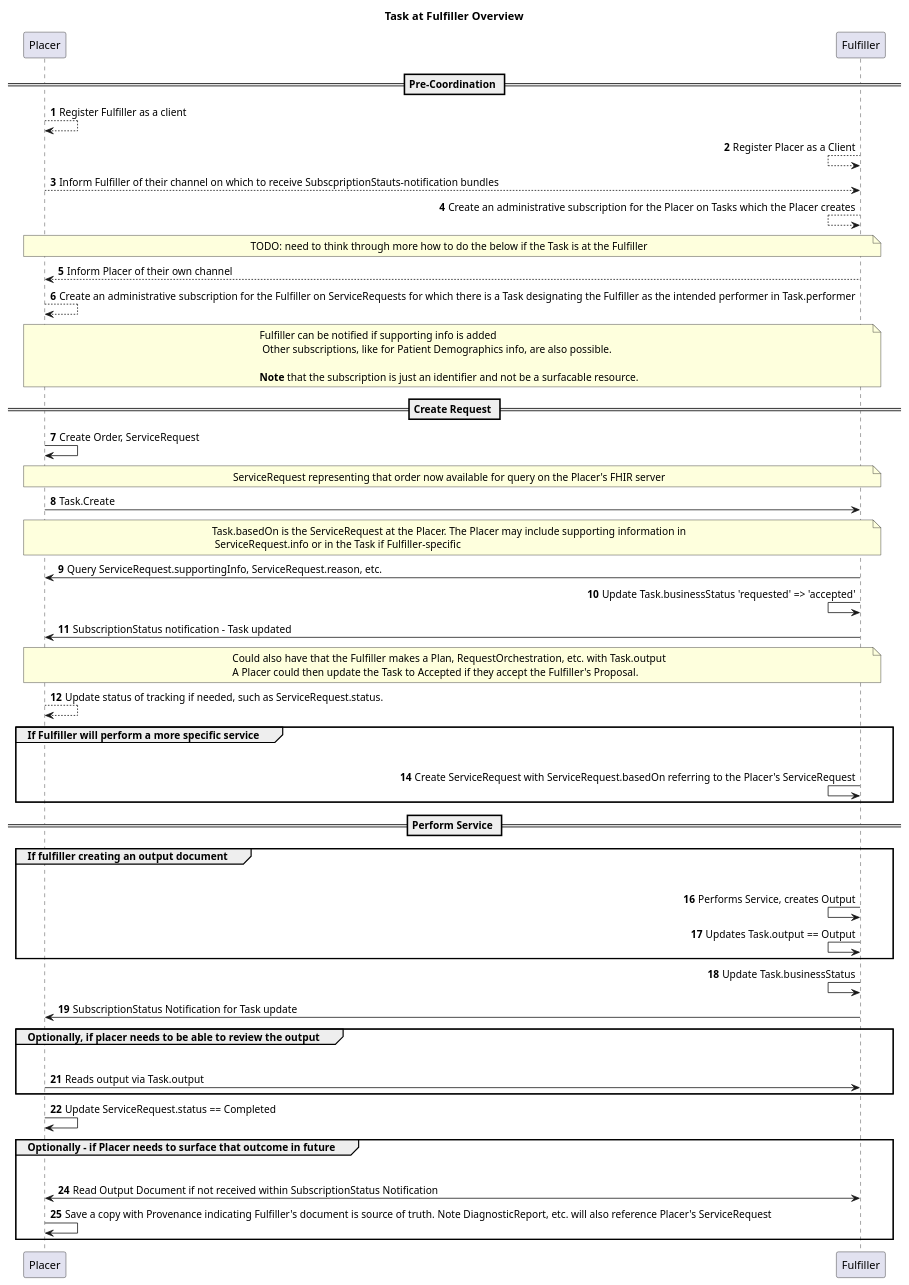
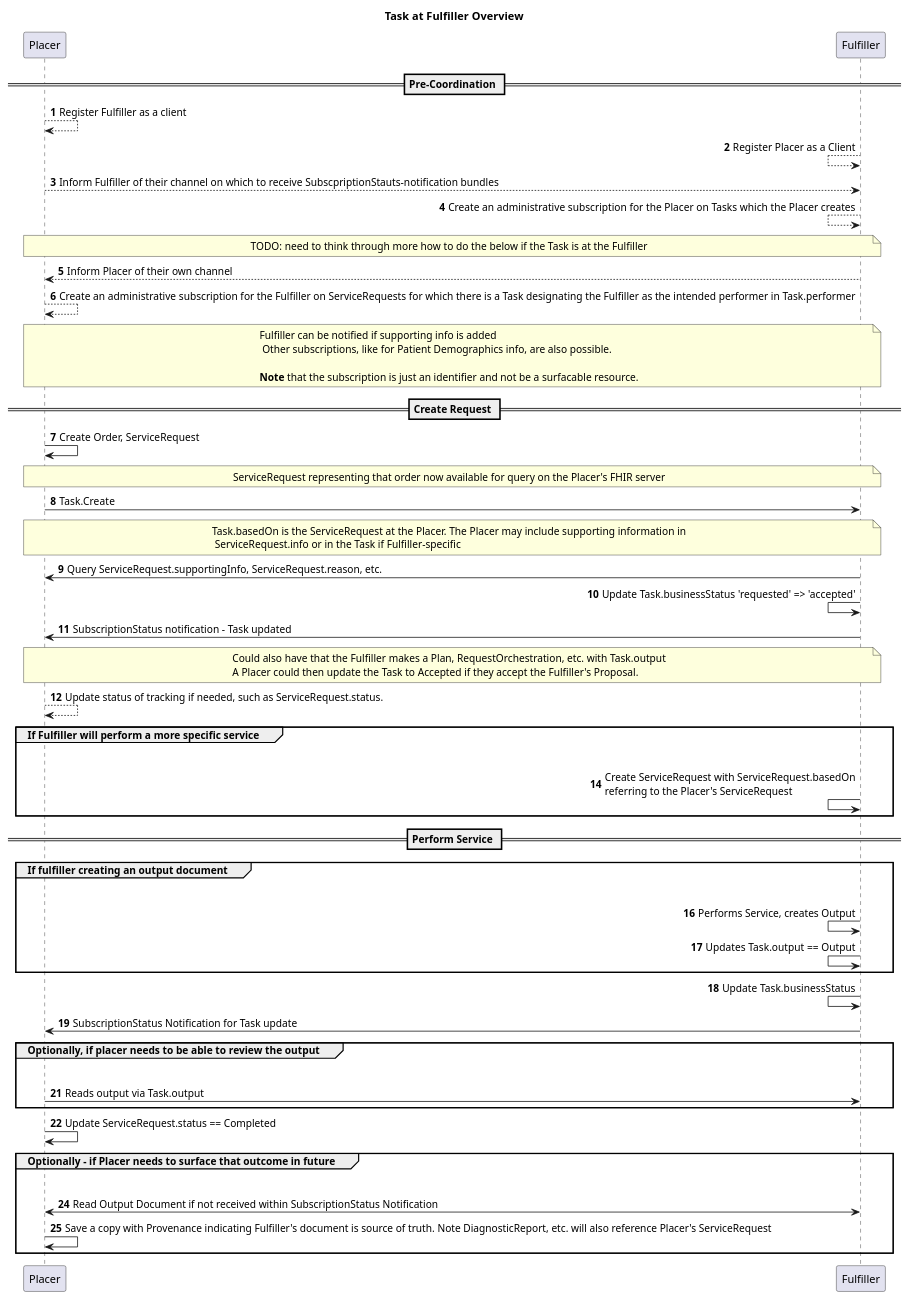
Before and after one commit to brianswinkels/fhir-cow-ig: the diagram in input/images-source/subscriptions-general-example-task-at-fulfiller.plantuml, drawn with PlantUML.

```diff
--- a/input/images-source/subscriptions-general-example-task-at-fulfiller.plantuml
+++ b/input/images-source/subscriptions-general-example-task-at-fulfiller.plantuml
@@ -1,73 +1,73 @@
 @startuml
 title Task at Fulfiller Overview
 
 autonumber
 
 == Pre-Coordination ==
 
 Placer --> Placer: Register Fulfiller as a client
 
 Fulfiller <-- Fulfiller: Register Placer as a Client
 
 Placer --> Fulfiller: Inform Fulfiller of their channel on which to receive SubscpriptionStauts-notification bundles
 
 Fulfiller <-- Fulfiller: Create an administrative subscription for the Placer on Tasks which the Placer creates 
 
 note over Placer, Fulfiller: TODO: need to think through more how to do the below if the Task is at the Fulfiller
 Fulfiller --> Placer: Inform Placer of their own channel
 
 Placer --> Placer: Create an administrative subscription for the Fulfiller on ServiceRequests for which there is a Task designating the Fulfiller as the intended performer in Task.performer
 
 note over Placer, Fulfiller: Fulfiller can be notified if supporting info is added\n Other subscriptions, like for Patient Demographics info, are also possible.\n\n**Note** that the subscription is just an identifier and not be a surfacable resource.
 
 
 == Create Request ==
 Placer -> Placer: Create Order, ServiceRequest
 
 note over Placer, Fulfiller: ServiceRequest representing that order now available for query on the Placer's FHIR server
 
 Placer -> Fulfiller: Task.Create
 
 note over Placer, Fulfiller: Task.basedOn is the ServiceRequest at the Placer. The Placer may include supporting information in\n ServiceRequest.info or in the Task if Fulfiller-specific
 
 Fulfiller -> Placer: Query ServiceRequest.supportingInfo, ServiceRequest.reason, etc.
 
 Fulfiller <- Fulfiller: Update Task.businessStatus 'requested' => 'accepted'
 
 Fulfiller -> Placer: SubscriptionStatus notification - Task updated
 
 note over Placer, Fulfiller: Could also have that the Fulfiller makes a Plan, RequestOrchestration, etc. with Task.output\nA Placer could then update the Task to Accepted if they accept the Fulfiller's Proposal.
 
 Placer --> Placer: Update status of tracking if needed, such as ServiceRequest.status. 
 
 group If Fulfiller will perform a more specific service
     Fulfiller -[hidden]> Placer:
-    Fulfiller <- Fulfiller: Create ServiceRequest with ServiceRequest.basedOn referring to the Placer's ServiceRequest
+    Fulfiller <- Fulfiller: Create ServiceRequest with ServiceRequest.basedOn\nreferring to the Placer's ServiceRequest
 end
 
 == Perform Service ==
 
 group If fulfiller creating an output document
     Fulfiller -[hidden]> Placer:
     Fulfiller <- Fulfiller: Performs Service, creates Output
     Fulfiller <- Fulfiller: Updates Task.output == Output
 end
 
 Fulfiller <- Fulfiller: Update Task.businessStatus
 
 Fulfiller -> Placer: SubscriptionStatus Notification for Task update
 
 group Optionally, if placer needs to be able to review the output
     Fulfiller -[hidden]> Placer:
     Placer -> Fulfiller: Reads output via Task.output
 end
 
 Placer -> Placer: Update ServiceRequest.status == Completed
 
 group Optionally - if Placer needs to surface that outcome in future
     Fulfiller -[hidden]> Placer:
     Placer <-> Fulfiller: Read Output Document if not received within SubscriptionStatus Notification
     Placer -> Placer: Save a copy with Provenance indicating Fulfiller's document is source of truth. Note DiagnosticReport, etc. will also reference Placer's ServiceRequest
    
 end
 @enduml
```
